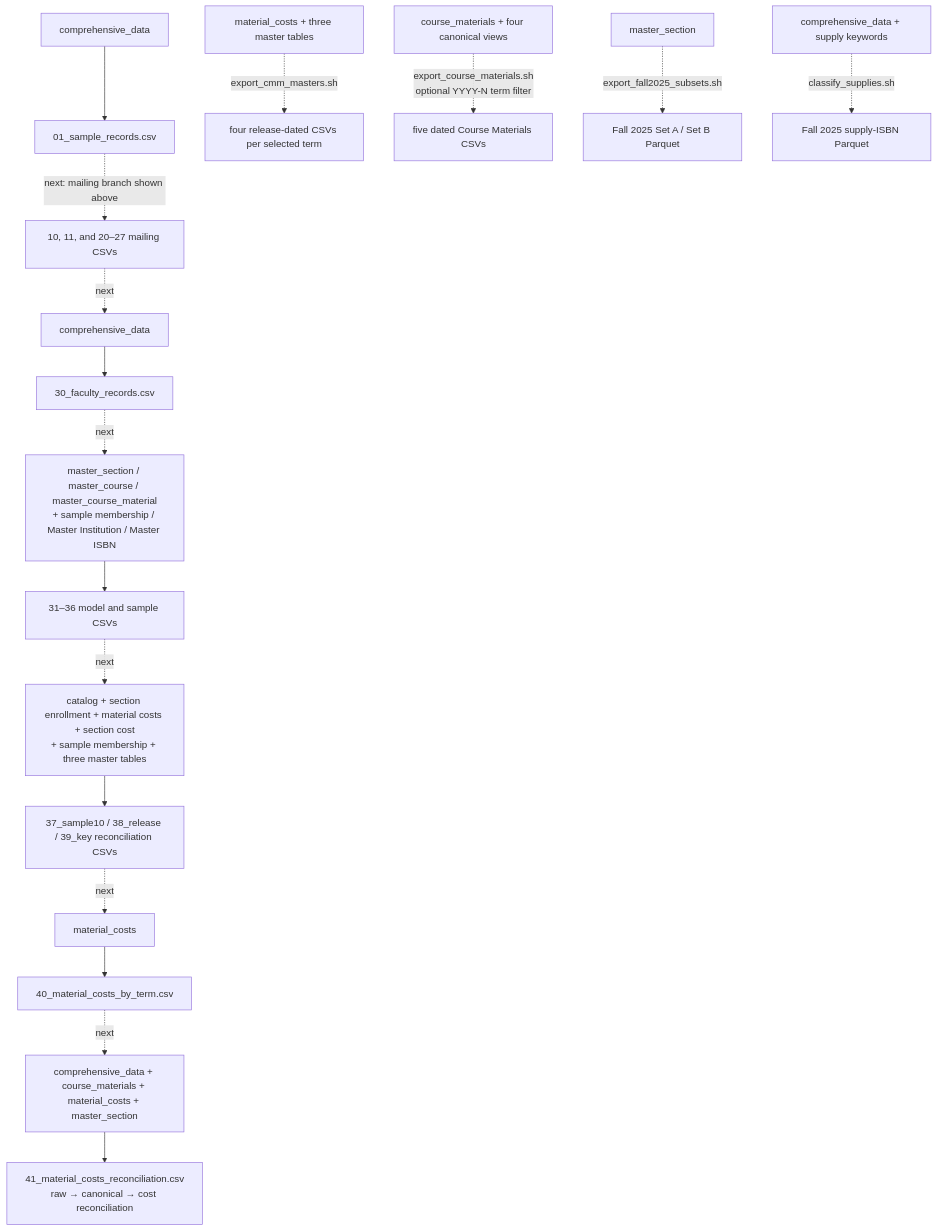
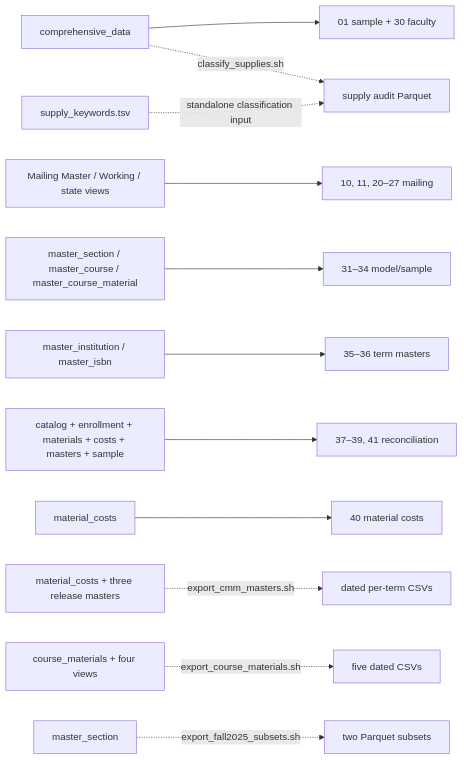
One commit to christopherseaman/commodoreSQL changed the third of 3 diagrams in SCHEMA.md. Above: the diagram before and after it, drawn with Mermaid. The commit also changed other lines of this file and 59 other files, not shown here.

````diff
--- a/SCHEMA.md
+++ b/SCHEMA.md
@@ -394,20 +223,15 @@
 ```mermaid
-flowchart TD
-    raw_source["comprehensive_data"] --> raw["01_sample_records.csv"]
-    raw -. "next: mailing branch shown above" .-> mail["10, 11, and 20–27 mailing CSVs"]
-    mail -. "next" .-> faculty_source["comprehensive_data"]
-    faculty_source --> faculty["30_faculty_records.csv"]
-    faculty -. "next" .-> model_source["master_section / master_course / master_course_material<br/>+ sample membership / Master Institution / Master ISBN"]
-    model_source --> model["31–36 model and sample CSVs"]
-    model -. "next" .-> core["catalog + section enrollment + material costs + section cost<br/>+ sample membership + three master tables"]
-    core --> checks["37_sample10 / 38_release / 39_key reconciliation CSVs"]
-    checks -. "next" .-> costs["material_costs"]
-    costs --> costs_export["40_material_costs_by_term.csv"]
-    costs_export -. "next" .-> final_source["comprehensive_data + course_materials + material_costs + master_section"]
-    final_source --> final_check["41_material_costs_reconciliation.csv<br/>raw → canonical → cost reconciliation"]
+flowchart LR
+    comprehensive["comprehensive_data"] --> raw["01 sample + 30 faculty"]
+    mailing["Mailing Master / Working / state views"] --> mail["10, 11, 20–27 mailing"]
+    masters["master_section / master_course / master_course_material"] --> model["31–34 model/sample"]
+    termmasters["master_institution / master_isbn"] --> term["35–36 term masters"]
+    canonical["catalog + enrollment + materials + costs + masters + sample"] --> checks["37–39, 41 reconciliation"]
+    costs["material_costs"] --> costfile["40 material costs"]
 
-    standalone["material_costs + three master tables"] -. "export_cmm_masters.sh" .-> terms["four release-dated CSVs per selected term"]
-    canonical["course_materials + four canonical views"] -. "export_course_materials.sh<br/>optional YYYY-N term filter" .-> canonical_files["five dated Course Materials CSVs"]
-    standalone2["master_section"] -. "export_fall2025_subsets.sh" .-> ab["Fall 2025 Set A / Set B Parquet"]
-    standalone3["comprehensive_data + supply keywords"] -. "classify_supplies.sh" .-> supply["Fall 2025 supply-ISBN Parquet"]
+    release["material_costs + three release masters"] -. "export_cmm_masters.sh" .-> releasefiles["dated per-term CSVs"]
+    cm["course_materials + four views"] -. "export_course_materials.sh" .-> cmfiles["five dated CSVs"]
+    ms["master_section"] -. "export_fall2025_subsets.sh" .-> subsets["two Parquet subsets"]
+    comprehensive -. "classify_supplies.sh" .-> supplyaudit["supply audit Parquet"]
+    supply_keywords["supply_keywords.tsv"] -. "standalone classification input" .-> supplyaudit
 ```
````
